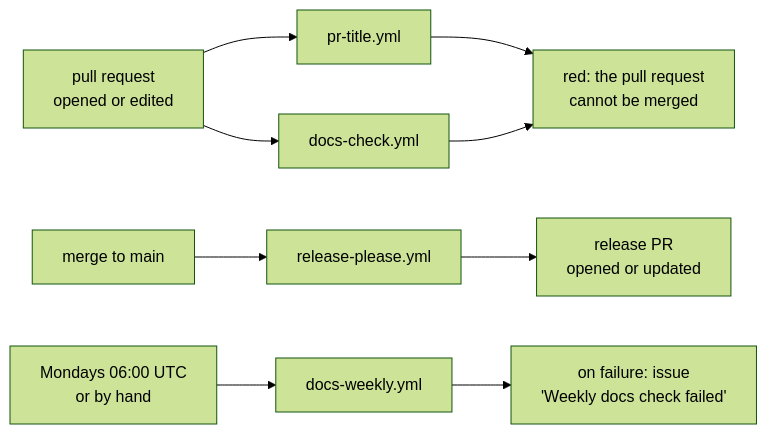
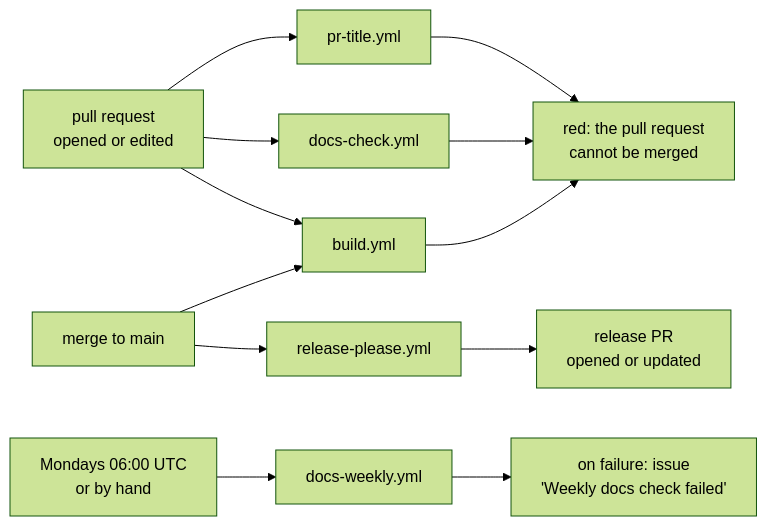
One commit to thomaswening/skip-the-fluff changed the second of 3 diagrams in docs/development.md. Above: the diagram before and after it, drawn with Mermaid (forest theme). The commit also changed other lines of this file and 25 other files, not shown here.

````diff
--- a/docs/development.md
+++ b/docs/development.md
@@ -44,11 +147,14 @@
 ```mermaid
 flowchart LR
   pr["pull request<br/>opened or edited"] --> title["pr-title.yml"]
   pr --> docs["docs-check.yml"]
+  pr --> build["build.yml"]
   title --> red["red: the pull request<br/>cannot be merged"]
   docs --> red
+  build --> red
   push["merge to main"] --> rp["release-please.yml"]
+  push --> build
   rp --> rpr["release PR<br/>opened or updated"]
   cron["Mondays 06:00 UTC<br/>or by hand"] --> weekly["docs-weekly.yml"]
   weekly --> issue["on failure: issue<br/>'Weekly docs check failed'"]
 ```
````
